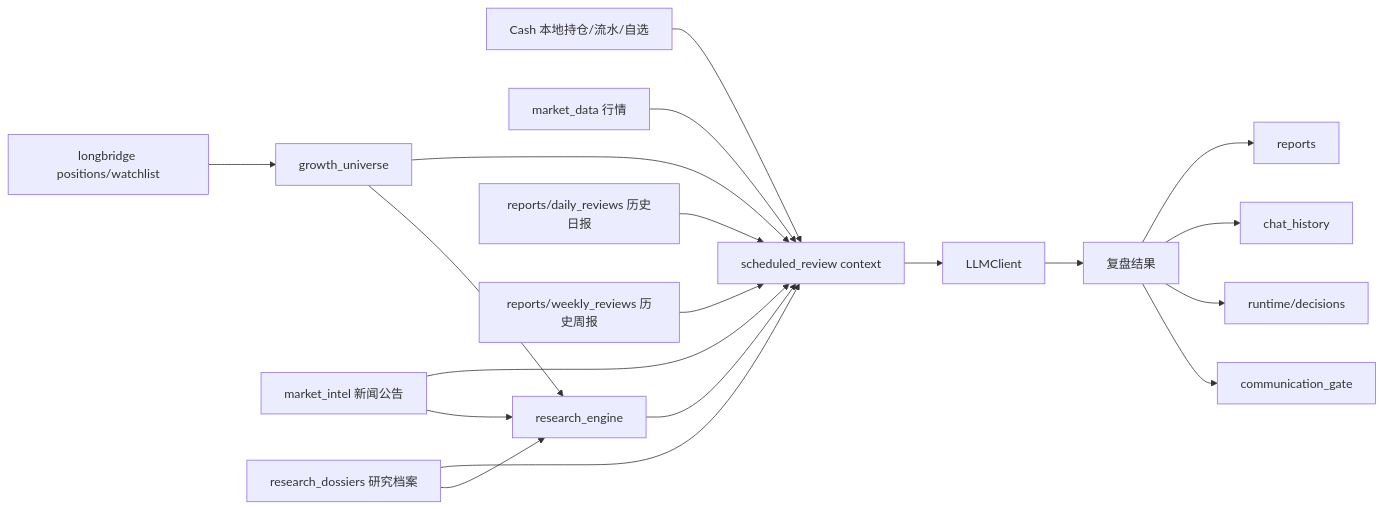
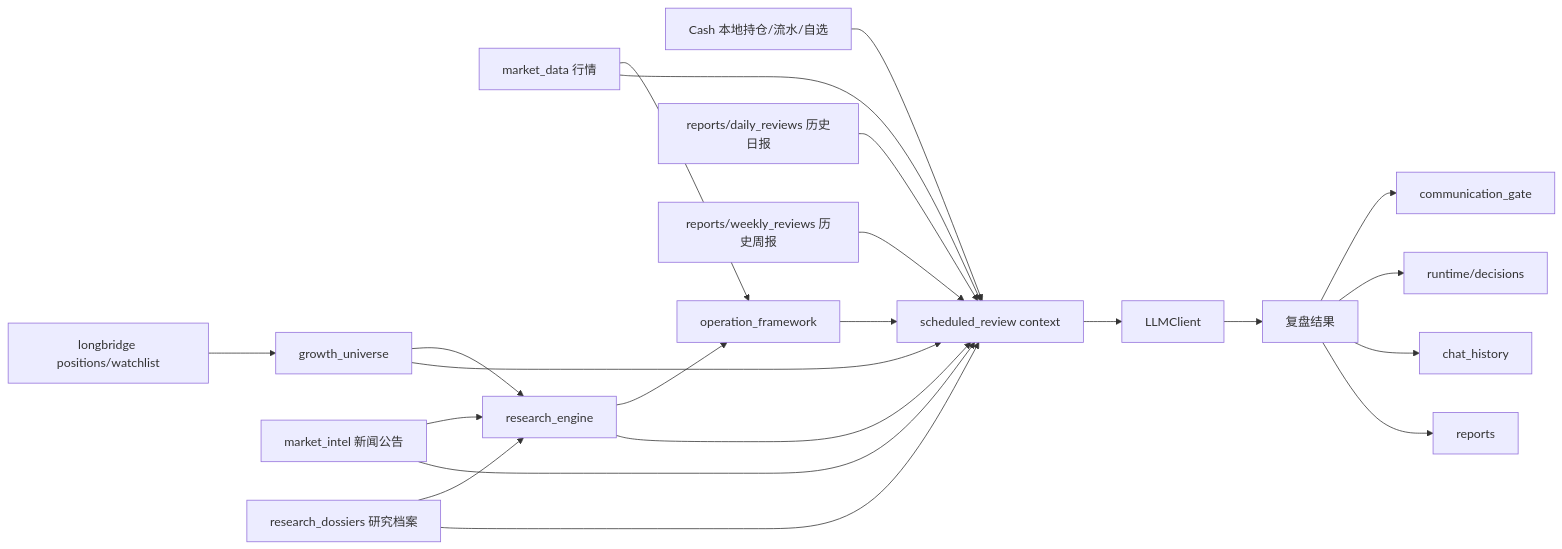
Before and after one commit to dyccodehome/private-investment-butler: the fourth of 4 diagrams in docs/需求分析文档.md, drawn with Mermaid. The commit also changed other lines of this file and 11 other files, not shown here.

Commit message:
Add operation framework MVP

````diff
--- a/docs/需求分析文档.md
+++ b/docs/需求分析文档.md
@@ -260,21 +287,24 @@
 ```mermaid
 flowchart LR
   A["Cash 本地持仓/流水/自选"] --> C["scheduled_review context"]
   B["longbridge positions/watchlist"] --> D["growth_universe"]
   D --> C
   E["market_data 行情"] --> C
   F["market_intel 新闻公告"] --> C
   G["research_dossiers 研究档案"] --> C
   D --> R["research_engine"]
   F --> R
   G --> R
   R --> C
+  R --> S["operation_framework"]
+  E --> S
+  S --> C
   H["reports/daily_reviews 历史日报"] --> C
   I["reports/weekly_reviews 历史周报"] --> C
   C --> J["LLMClient"]
   J --> K["复盘结果"]
   K --> L["reports"]
   K --> M["chat_history"]
   K --> N["runtime/decisions"]
   K --> O["communication_gate"]
 ```
````
